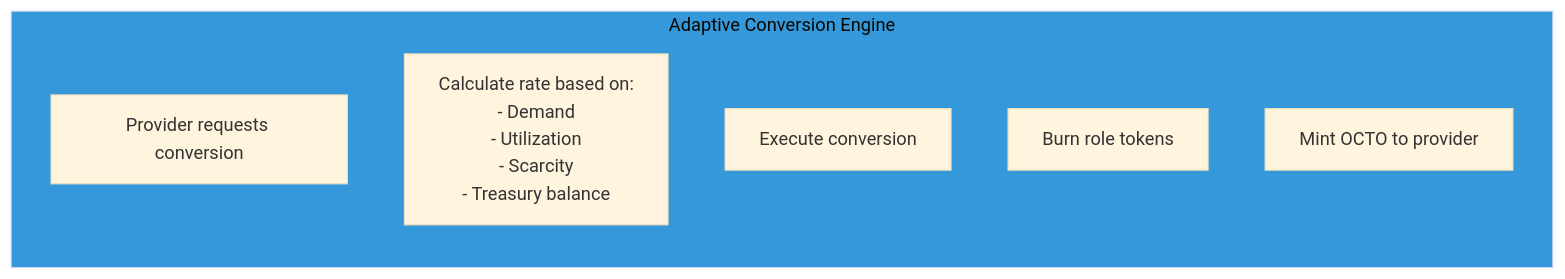
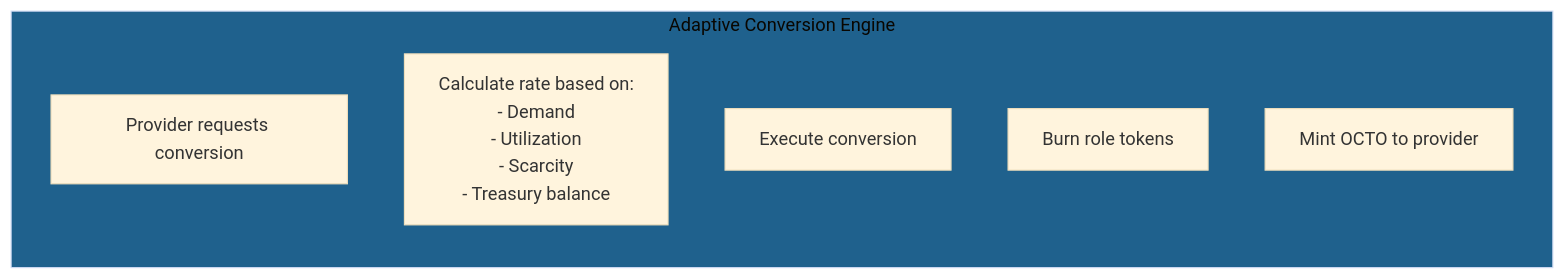
The sixth of 9 diagrams in docs/03-technology/blockchain-integration.md (CipherOcto/cipherocto), drawn with Mermaid (base theme) before and after one commit. The commit also changed other lines of this file and 13 other files, not shown here.

First line of the commit message:
Improve Mermaid diagram accessibility: Fix color contrast

````diff
--- a/docs/03-technology/blockchain-integration.md
+++ b/docs/03-technology/blockchain-integration.md
@@ -264,13 +264,13 @@
 ```mermaid
 graph TB
     subgraph CONVERSION["Adaptive Conversion Engine"]
         direction TB
         REQ[Provider requests conversion]
         CALC[Calculate rate based on:<br/>- Demand<br/>- Utilization<br/>- Scarcity<br/>- Treasury balance]
         EXEC[Execute conversion]
         BURN[Burn role tokens]
         MINT[Mint OCTO to provider]
     end
 
-    style CONVERSION fill:#3498db
+    style CONVERSION fill:#1f618d
 ```
````
